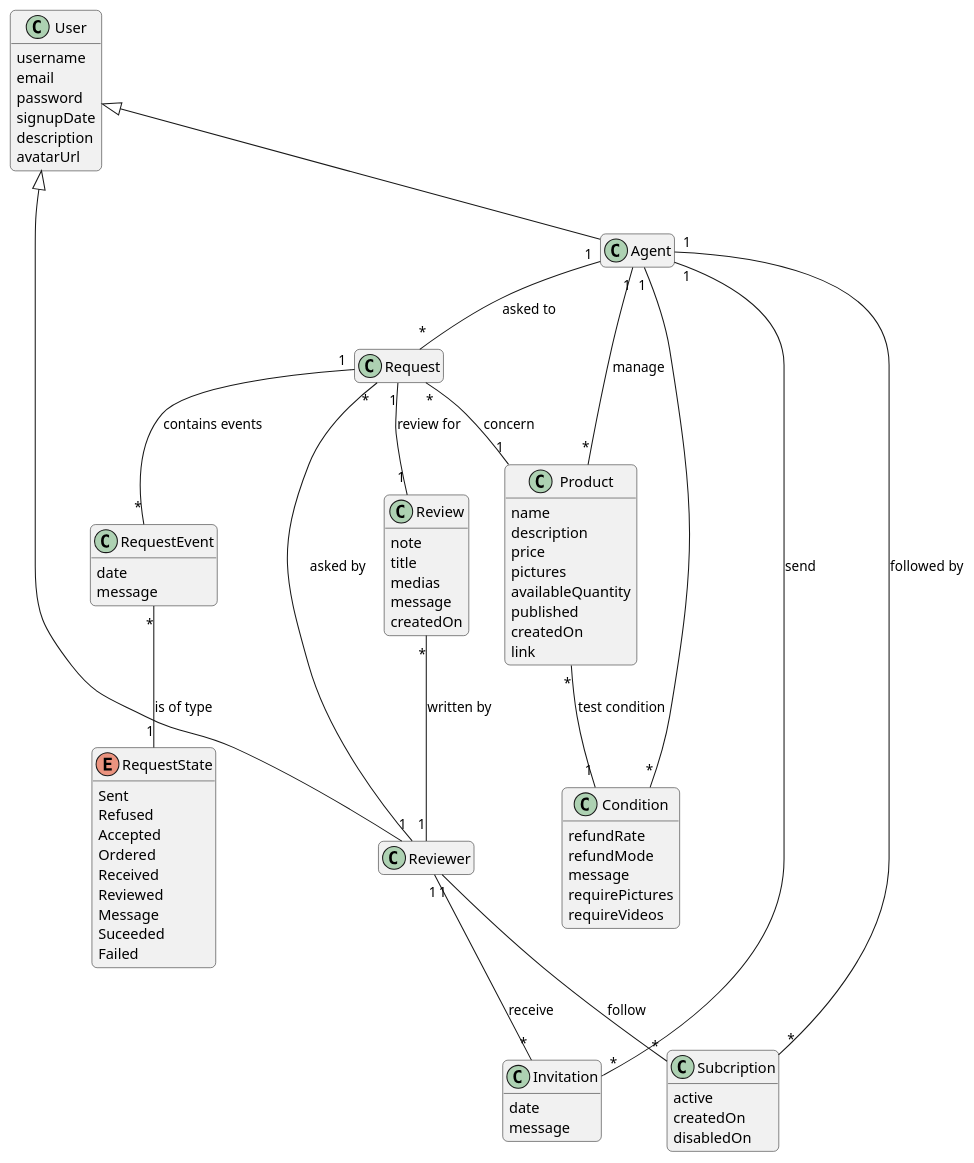
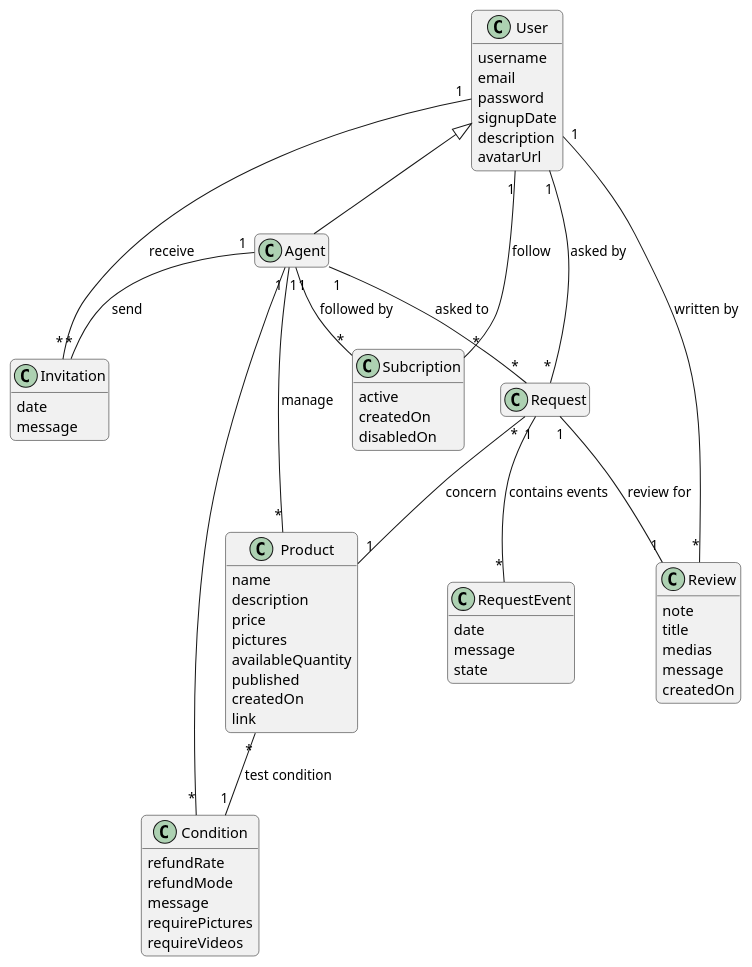
One commit to Livl-Corporation/livl-reviews changed the diagram in models/conceptual.puml. Above: the diagram before and after it, drawn with PlantUML. The commit also changed 1 other file, not shown here.

Commit message:
refactor: remove Reviewer user type & remove RequestState enum

```diff
--- a/models/conceptual.puml
+++ b/models/conceptual.puml
@@ -1,104 +1,87 @@
 @startuml "Livl Reviews"
 
 skinparam roundcorner 10
 hide empty methods
 hide empty members
 
 class User {
     username
     email
     password
     signupDate
     description
     avatarUrl
 }
 
 class Agent extends User {
     
 }
 
-
-class Reviewer extends User {
-    
-}
-
 class Invitation {
     date
     message
 }
 
 Agent "1" -- "*" Invitation : send
-Reviewer "1" -- "*" Invitation : receive
-
-enum RequestState {
-    Sent
-    Refused
-    Accepted
-    Ordered
-    Received
-    Reviewed
-    Message
-    Suceeded
-    Failed
-}
+User "1" -- "*" Invitation : receive
 
 Agent "1" -- "*" Condition
 
 class Request {
     
 }
 
 class RequestEvent {
     date
     message
+    state
 }
 
 class Review {
     note
     title
     medias
     message
     createdOn
 }
 
-Review "*" -- "1" Reviewer : written by
+Review "*" -- "1" User : written by
 Request "1" -- "1" Review : review for
 
 class Condition {
     refundRate
     refundMode
     message
     requirePictures
     requireVideos
 }
 
 class Product {
     name
     description
     price
     pictures
     availableQuantity
     published
     createdOn
     link
 }
 
 Product "*" -- "1" Condition : test condition
 
-RequestEvent "*" -- "1" RequestState : is of type
-Reviewer "1" -- "*" Request : asked by
+User "1" -- "*" Request : asked by
 Agent "1" -- "*" Request : asked to
 Request "1" -- "*" RequestEvent : contains events
 Request "*" -- "1" Product : concern
 Agent "1" -- "*" Product : manage
 
 class Subcription {
     active
     createdOn
     disabledOn
 }
 
 Agent "1" -- "*" Subcription : followed by
-Reviewer "1" -- "*" Subcription : follow
+User "1" -- "*" Subcription : follow
 
 @enduml
```
